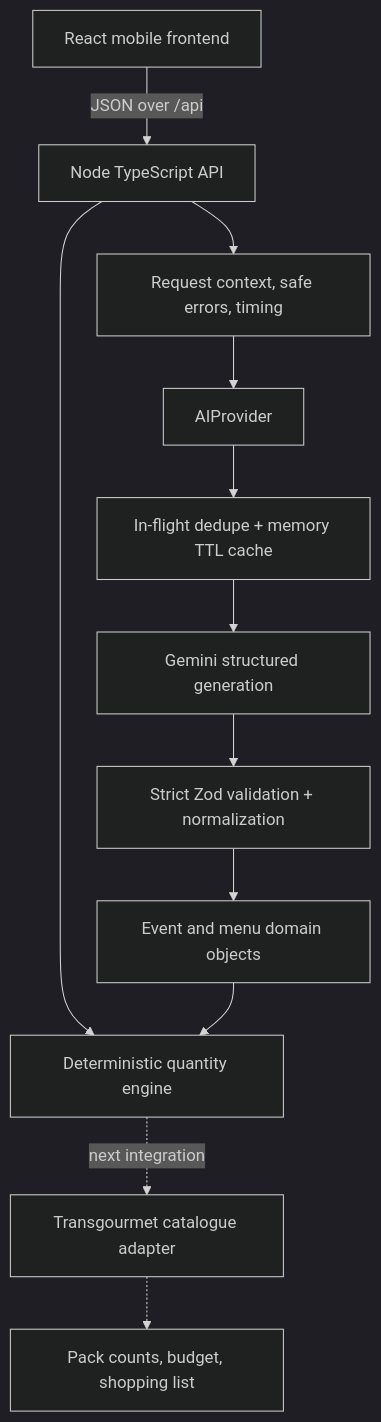
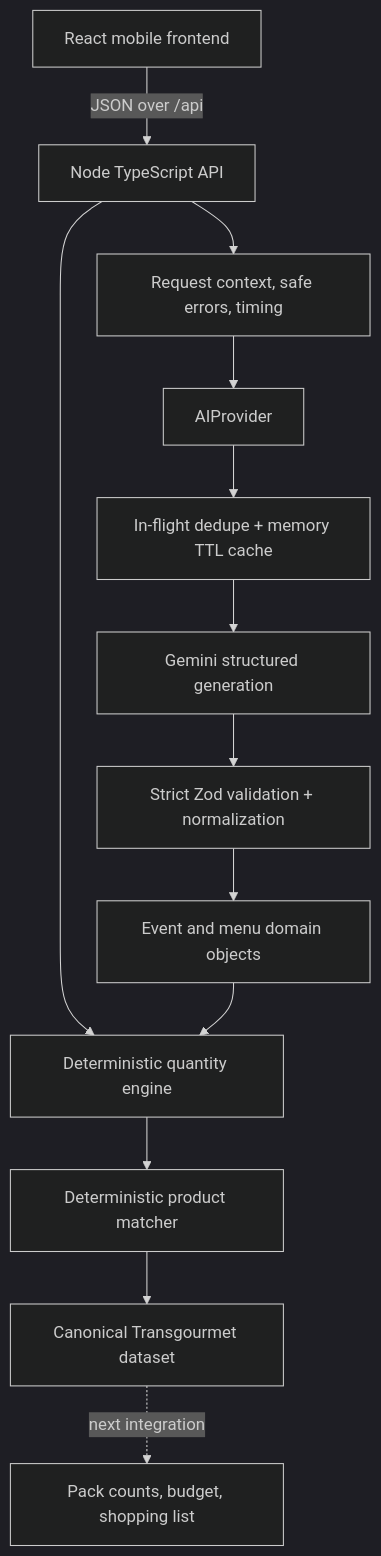
Before and after one commit to farnazkh23/Eventa: the first of 2 diagrams in docs/ARCHITECTURE.md, drawn with Mermaid (dark theme). The commit also changed other lines of this file and 56 other files, not shown here.

````diff
--- a/docs/ARCHITECTURE.md
+++ b/docs/ARCHITECTURE.md
@@ -5,14 +5,15 @@
 ```mermaid
 flowchart TD
   UI[React mobile frontend] -->|JSON over /api| API[Node TypeScript API]
   API --> TRACE[Request context, safe errors, timing]
   TRACE --> PROVIDER[AIProvider]
   PROVIDER --> CACHE[In-flight dedupe + memory TTL cache]
   CACHE --> GEMINI[Gemini structured generation]
   GEMINI --> ZOD[Strict Zod validation + normalization]
   ZOD --> DOMAIN[Event and menu domain objects]
   API --> QTY[Deterministic quantity engine]
   DOMAIN --> QTY
-  QTY -. next integration .-> CATALOGUE[Transgourmet catalogue adapter]
-  CATALOGUE -.-> OUTPUT[Pack counts, budget, shopping list]
+  QTY --> MATCHER[Deterministic product matcher]
+  MATCHER --> CATALOGUE[Canonical Transgourmet dataset]
+  CATALOGUE -. next integration .-> OUTPUT[Pack counts, budget, shopping list]
 ```
````
